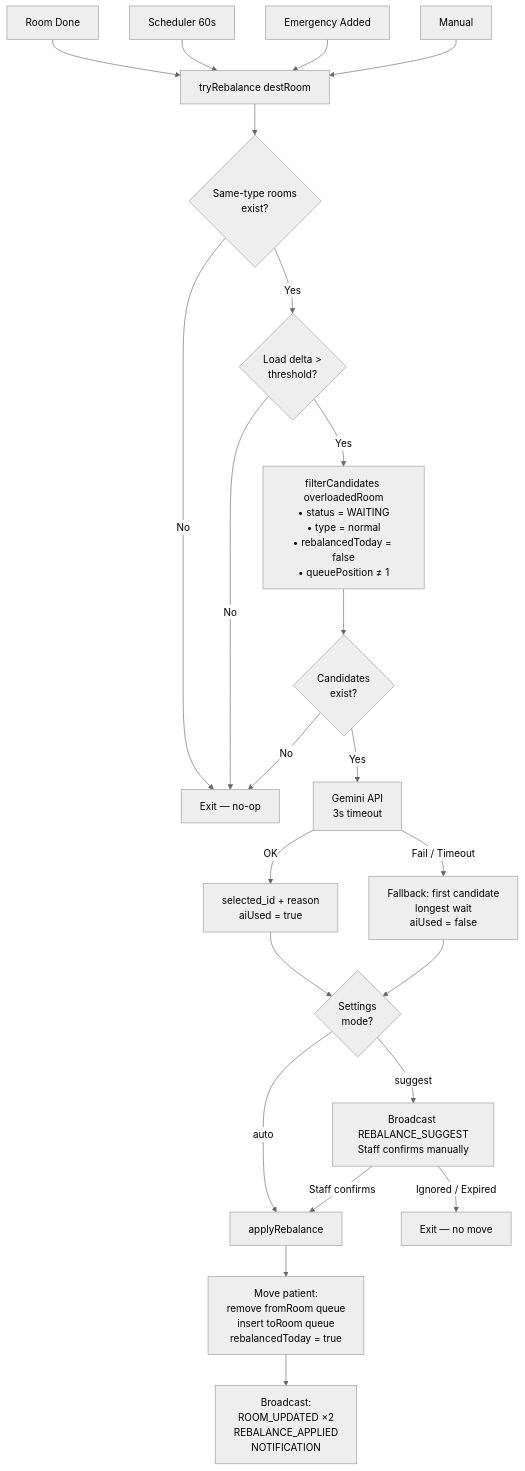
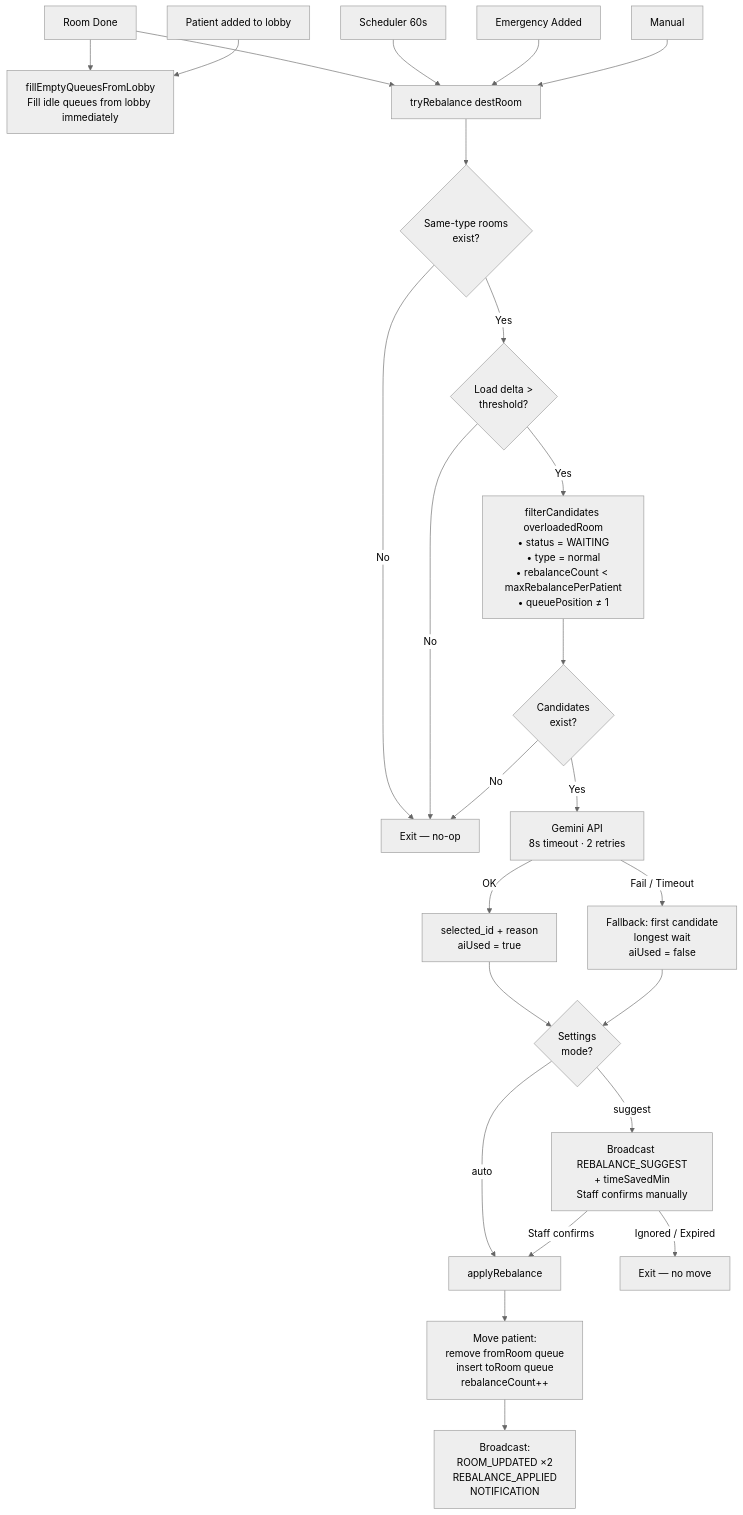
One commit to atdevten/poc changed the diagram in README.md. Above: the diagram before and after it, drawn with Mermaid (neutral theme). The commit also changed other lines of this file and 16 other files, not shown here.

````diff
--- a/README.md
+++ b/README.md
@@ -156,27 +156,29 @@
 ```mermaid
 flowchart TD
-    T1[Room Done] --> TR
+    T1[Room Done] --> FQ[fillEmptyQueuesFromLobby\nFill idle queues from lobby immediately]
+    T1 --> TR
     T2[Scheduler 60s] --> TR
     T3[Emergency Added] --> TR
     T4[Manual] --> TR
+    T5[Patient added to lobby] --> FQ
 
     TR[tryRebalance destRoom]
     TR --> SR{Same-type rooms\nexist?}
     SR -- No --> END1[Exit — no-op]
     SR -- Yes --> LD{Load delta >\nthreshold?}
     LD -- No --> END1
-    LD -- Yes --> FC[filterCandidates overloadedRoom\n• status = WAITING\n• type = normal\n• rebalancedToday = false\n• queuePosition ≠ 1]
+    LD -- Yes --> FC[filterCandidates overloadedRoom\n• status = WAITING\n• type = normal\n• rebalanceCount < maxRebalancePerPatient\n• queuePosition ≠ 1]
     FC --> CE{Candidates\nexist?}
     CE -- No --> END1
-    CE -- Yes --> AI[Gemini API\n3s timeout]
+    CE -- Yes --> AI[Gemini API\n8s timeout · 2 retries]
     AI -- OK --> SEL[selected_id + reason\naiUsed = true]
     AI -- Fail / Timeout --> FB[Fallback: first candidate\nlongest wait\naiUsed = false]
     SEL --> MODE{Settings\nmode?}
     FB --> MODE
-    MODE -- suggest --> SG[Broadcast REBALANCE_SUGGEST\nStaff confirms manually]
+    MODE -- suggest --> SG[Broadcast REBALANCE_SUGGEST\n+ timeSavedMin\nStaff confirms manually]
     MODE -- auto --> AP[applyRebalance]
     SG -- Staff confirms --> AP
     SG -- Ignored / Expired --> END2[Exit — no move]
-    AP --> MV[Move patient:\nremove fromRoom queue\ninsert toRoom queue\nrebalancedToday = true]
+    AP --> MV[Move patient:\nremove fromRoom queue\ninsert toRoom queue\nrebalanceCount++]
     MV --> BC[Broadcast:\nROOM_UPDATED ×2\nREBALANCE_APPLIED\nNOTIFICATION]
 ```
````
